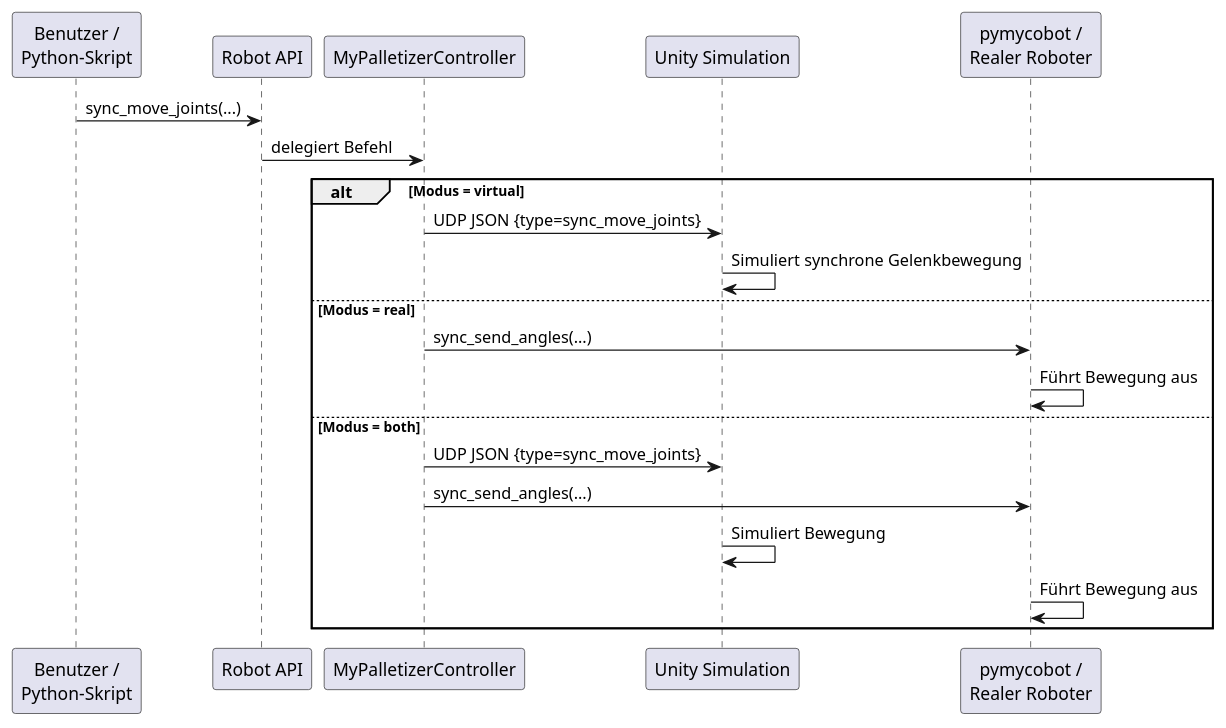
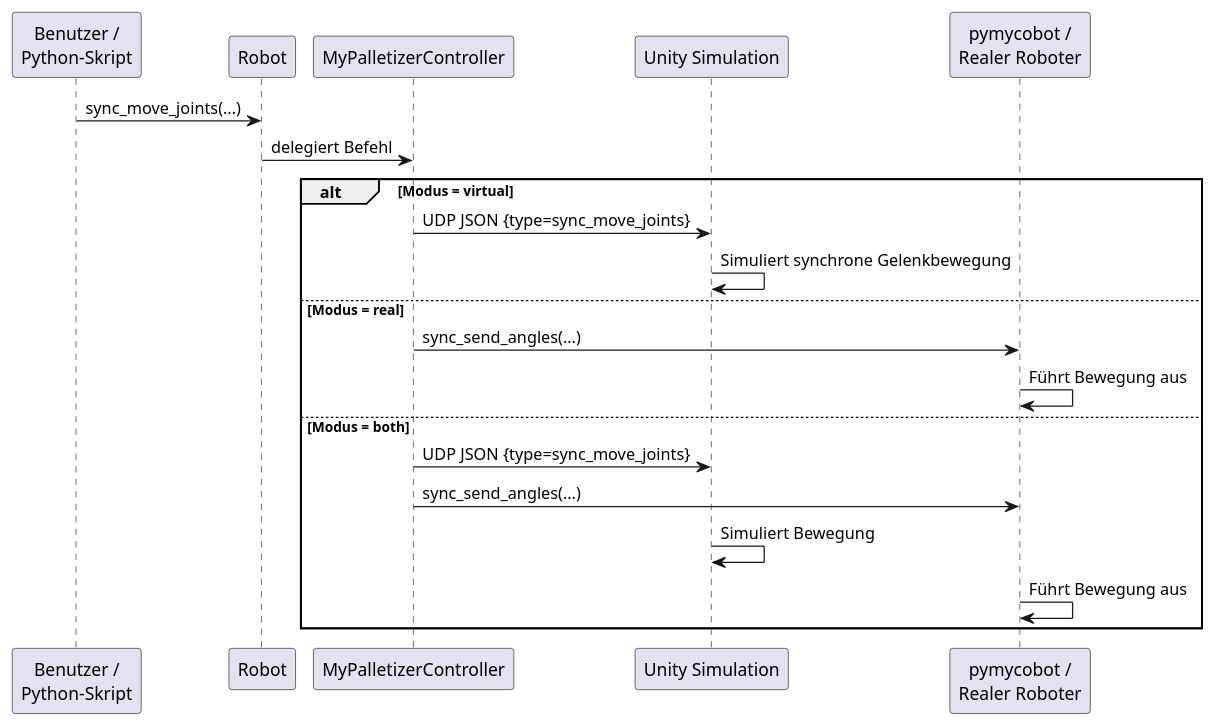
One commit to Stonehouse1703/DigitalTwin-for-MyPalletizer-UnityVersion changed the fifth of 5 diagrams in docs/asciidoc/chapters/06_runtime_view.adoc. Above: the diagram before and after it, drawn with PlantUML. The commit also changed other lines of this file, not shown here.

```diff
--- a/docs/asciidoc/chapters/06_runtime_view.adoc
+++ b/docs/asciidoc/chapters/06_runtime_view.adoc
@@ -77,26 +185,26 @@
 [plantuml, target="diagram-runtime-sync", format="png"]
 ----
 @startuml
 participant "Benutzer /\nPython-Skript" as User
-participant "Robot API" as Robot
+participant "Robot" as Robot
 participant "MyPalletizerController" as MPC
 participant "Unity Simulation" as Unity
 participant "pymycobot /\nRealer Roboter" as HW
 
 User -> Robot: sync_move_joints(...)
 Robot -> MPC: delegiert Befehl
 
 alt Modus = virtual
   MPC -> Unity: UDP JSON {type=sync_move_joints}
   Unity -> Unity: Simuliert synchrone Gelenkbewegung
 else Modus = real
   MPC -> HW: sync_send_angles(...)
   HW -> HW: Führt Bewegung aus
 else Modus = both
   MPC -> Unity: UDP JSON {type=sync_move_joints}
   MPC -> HW: sync_send_angles(...)
   Unity -> Unity: Simuliert Bewegung
   HW -> HW: Führt Bewegung aus
 end
 @enduml
 ----
```
